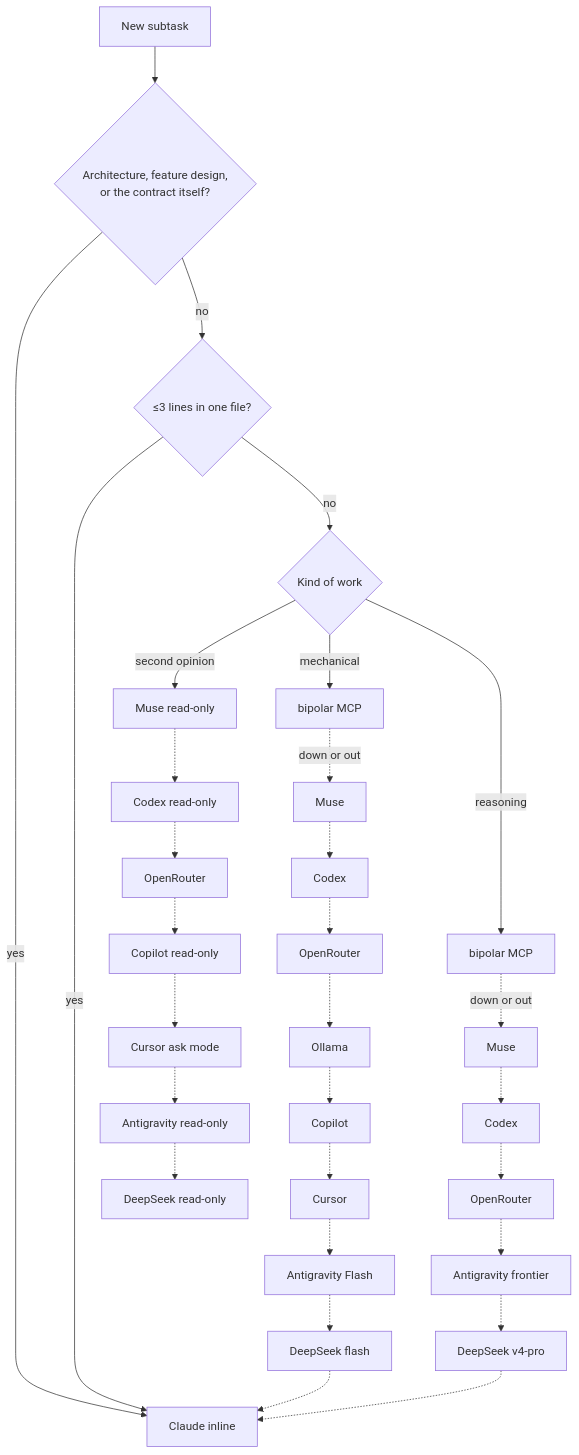
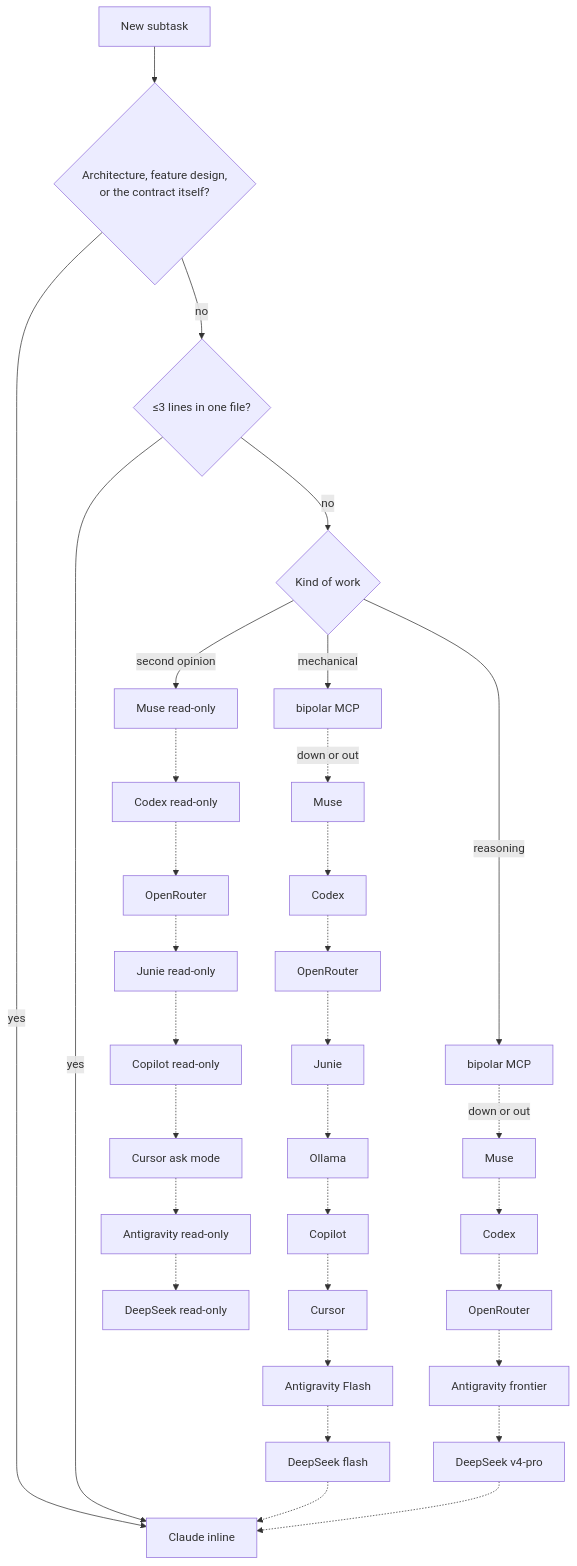
One commit to santiquiroz/claude-delegation-kit changed the second of 3 diagrams in README.md. Above: the diagram before and after it, drawn with Mermaid. The commit also changed other lines of this file and 6 other files, not shown here.

````diff
--- a/README.md
+++ b/README.md
@@ -33,11 +33,11 @@
 ```mermaid
 flowchart TD
     T["New subtask"] --> Q1{"Architecture, feature design,<br/>or the contract itself?"}
     Q1 -->|yes| IN["Claude inline"]
     Q1 -->|no| Q2{"≤3 lines in one file?"}
     Q2 -->|yes| IN
     Q2 -->|no| Q3{"Kind of work"}
-    Q3 -->|mechanical| M0["bipolar MCP"] -.->|"down or out"| M1["Muse"] -.-> M2["Codex"] -.-> M3["OpenRouter"] -.-> M4["Ollama"] -.-> M5["Copilot"] -.-> M6["Cursor"] -.-> M7["Antigravity Flash"] -.-> M8["DeepSeek flash"] -.-> IN
+    Q3 -->|mechanical| M0["bipolar MCP"] -.->|"down or out"| M1["Muse"] -.-> M2["Codex"] -.-> M3["OpenRouter"] -.-> M3b["Junie"] -.-> M4["Ollama"] -.-> M5["Copilot"] -.-> M6["Cursor"] -.-> M7["Antigravity Flash"] -.-> M8["DeepSeek flash"] -.-> IN
     Q3 -->|reasoning| R0["bipolar MCP"] -.->|"down or out"| R1["Muse"] -.-> R2["Codex"] -.-> R3["OpenRouter"] -.-> R4["Antigravity frontier"] -.-> R5["DeepSeek v4-pro"] -.-> IN
-    Q3 -->|second opinion| S1["Muse read-only"] -.-> S2["Codex read-only"] -.-> S3["OpenRouter"] -.-> S4["Copilot read-only"] -.-> S5["Cursor ask mode"] -.-> S6["Antigravity read-only"] -.-> S7["DeepSeek read-only"]
+    Q3 -->|second opinion| S1["Muse read-only"] -.-> S2["Codex read-only"] -.-> S3["OpenRouter"] -.-> S3b["Junie read-only"] -.-> S4["Copilot read-only"] -.-> S5["Cursor ask mode"] -.-> S6["Antigravity read-only"] -.-> S7["DeepSeek read-only"]
 ```
````
